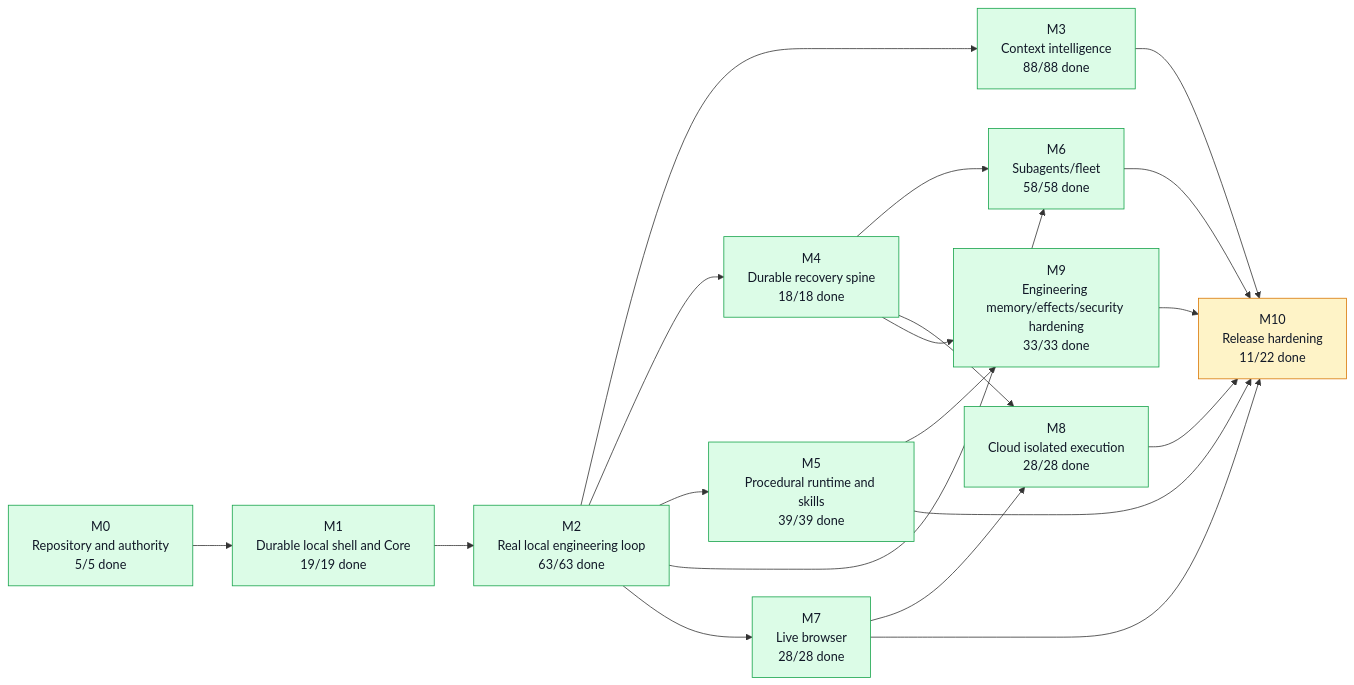
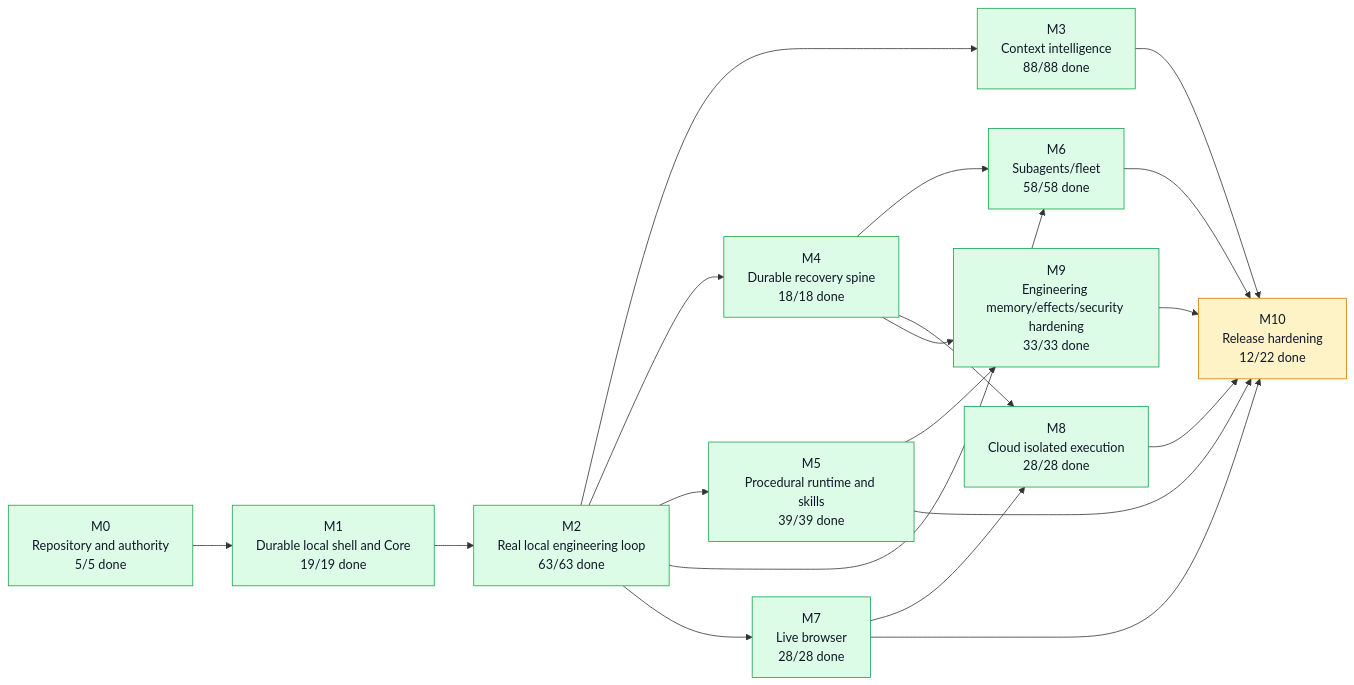
Before and after one commit to moss101/modbit: the first of 5 diagrams in graph/PROJECT_GRAPH.md, drawn with Mermaid. The commit also changed other lines of this file and 6 other files, not shown here.

````diff
--- a/graph/PROJECT_GRAPH.md
+++ b/graph/PROJECT_GRAPH.md
@@ -57,43 +57,43 @@
 ```mermaid
 flowchart LR
   M0["M0<br/>Repository and authority<br/>5/5 done"]
   M1["M1<br/>Durable local shell and Core<br/>19/19 done"]
   M2["M2<br/>Real local engineering loop<br/>63/63 done"]
   M3["M3<br/>Context intelligence<br/>88/88 done"]
   M4["M4<br/>Durable recovery spine<br/>18/18 done"]
   M5["M5<br/>Procedural runtime and skills<br/>39/39 done"]
   M6["M6<br/>Subagents/fleet<br/>58/58 done"]
   M7["M7<br/>Live browser<br/>28/28 done"]
   M8["M8<br/>Cloud isolated execution<br/>28/28 done"]
   M9["M9<br/>Engineering memory/effects/security hardening<br/>33/33 done"]
-  M10["M10<br/>Release hardening<br/>11/22 done"]
+  M10["M10<br/>Release hardening<br/>12/22 done"]
   M0 --> M1
   M1 --> M2
   M2 --> M3
   M2 --> M4
   M2 --> M5
   M2 --> M6
   M4 --> M6
   M2 --> M7
   M4 --> M8
   M7 --> M8
   M4 --> M9
   M5 --> M9
   M3 --> M10
   M5 --> M10
   M6 --> M10
   M7 --> M10
   M8 --> M10
   M9 --> M10
   style M0 fill:#dcfce7,stroke:#16a34a,color:#111827
   style M1 fill:#dcfce7,stroke:#16a34a,color:#111827
   style M2 fill:#dcfce7,stroke:#16a34a,color:#111827
   style M3 fill:#dcfce7,stroke:#16a34a,color:#111827
   style M4 fill:#dcfce7,stroke:#16a34a,color:#111827
   style M5 fill:#dcfce7,stroke:#16a34a,color:#111827
   style M6 fill:#dcfce7,stroke:#16a34a,color:#111827
   style M7 fill:#dcfce7,stroke:#16a34a,color:#111827
   style M8 fill:#dcfce7,stroke:#16a34a,color:#111827
   style M9 fill:#dcfce7,stroke:#16a34a,color:#111827
   style M10 fill:#fef3c7,stroke:#d97706,color:#111827
 ```
````
